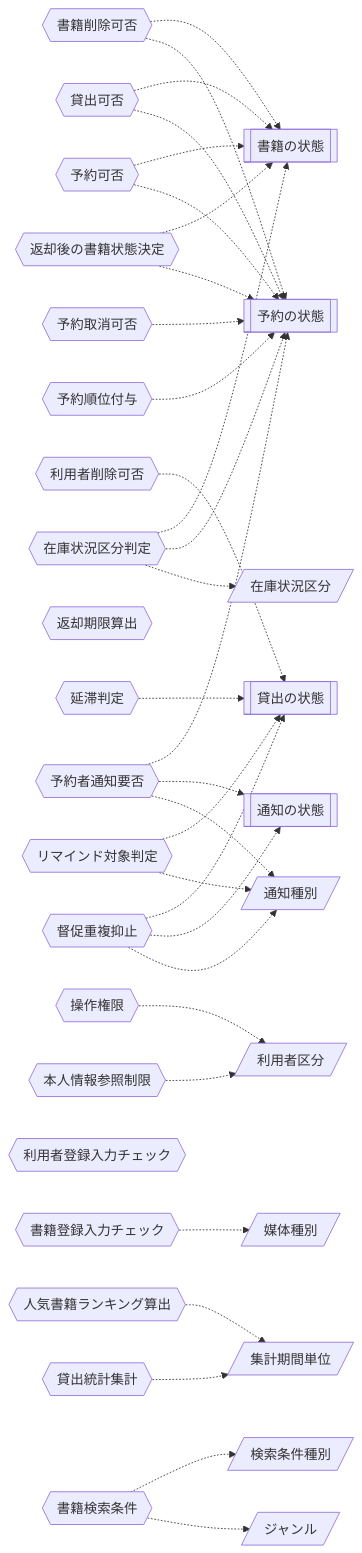
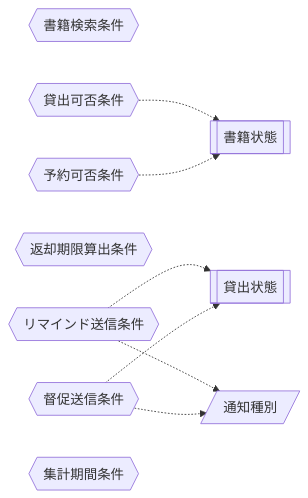
Before and after one commit to suwa-sh/suwa-sh-claude-plugins: the diagram in samples/distillery2/library-loan/docs/requirements/rdra/views/07_条件・バリエーション.md, drawn with Mermaid. The commit also changed other lines of this file and 249 other files, not shown here.

````diff
--- a/samples/distillery2/library-loan/docs/requirements/rdra/views/07_条件・バリエーション.md
+++ b/samples/distillery2/library-loan/docs/requirements/rdra/views/07_条件・バリエーション.md
@@ -9,64 +9,19 @@
 ```mermaid
 graph LR
-  CD1{{"書籍削除可否"}}
-  SM1[["書籍の状態"]]
-  SM2[["予約の状態"]]
-  CD2{{"利用者削除可否"}}
-  SM3[["貸出の状態"]]
-  CD3{{"貸出可否"}}
-  CD4{{"予約可否"}}
-  CD5{{"予約取消可否"}}
-  CD6{{"予約順位付与"}}
-  CD7{{"返却後の書籍状態決定"}}
-  CD8{{"予約者通知要否"}}
-  SM4[["通知の状態"]]
+  CD1{{"書籍検索条件"}}
+  CD2{{"貸出可否条件"}}
+  SM1[["書籍状態"]]
+  CD3{{"予約可否条件"}}
+  CD4{{"返却期限算出条件"}}
+  CD5{{"リマインド送信条件"}}
+  SM2[["貸出状態"]]
   VR1[/"通知種別"/]
-  CD9{{"返却期限算出"}}
-  CD10{{"リマインド対象判定"}}
-  CD11{{"延滞判定"}}
-  CD12{{"督促重複抑止"}}
-  CD13{{"操作権限"}}
-  VR2[/"利用者区分"/]
-  CD14{{"本人情報参照制限"}}
-  CD15{{"書籍登録入力チェック"}}
-  VR3[/"媒体種別"/]
-  CD16{{"利用者登録入力チェック"}}
-  CD17{{"在庫状況区分判定"}}
-  VR4[/"在庫状況区分"/]
-  CD18{{"人気書籍ランキング算出"}}
-  VR5[/"集計期間単位"/]
-  CD19{{"貸出統計集計"}}
-  CD20{{"書籍検索条件"}}
-  VR6[/"検索条件種別"/]
-  VR7[/"ジャンル"/]
-  CD1 -.-> SM1
-  CD1 -.-> SM2
-  CD2 -.-> SM3
+  CD6{{"督促送信条件"}}
+  CD7{{"集計期間条件"}}
+  CD2 -.-> SM1
   CD3 -.-> SM1
-  CD3 -.-> SM2
-  CD4 -.-> SM1
-  CD4 -.-> SM2
   CD5 -.-> SM2
+  CD5 -.-> VR1
   CD6 -.-> SM2
-  CD7 -.-> SM1
-  CD7 -.-> SM2
-  CD8 -.-> SM2
-  CD8 -.-> SM4
-  CD8 -.-> VR1
-  CD10 -.-> SM3
-  CD10 -.-> VR1
-  CD11 -.-> SM3
-  CD12 -.-> SM3
-  CD12 -.-> SM4
-  CD12 -.-> VR1
-  CD13 -.-> VR2
-  CD14 -.-> VR2
-  CD15 -.-> VR3
-  CD17 -.-> SM1
-  CD17 -.-> SM2
-  CD17 -.-> VR4
-  CD18 -.-> VR5
-  CD19 -.-> VR5
-  CD20 -.-> VR6
-  CD20 -.-> VR7
+  CD6 -.-> VR1
 ```
````
